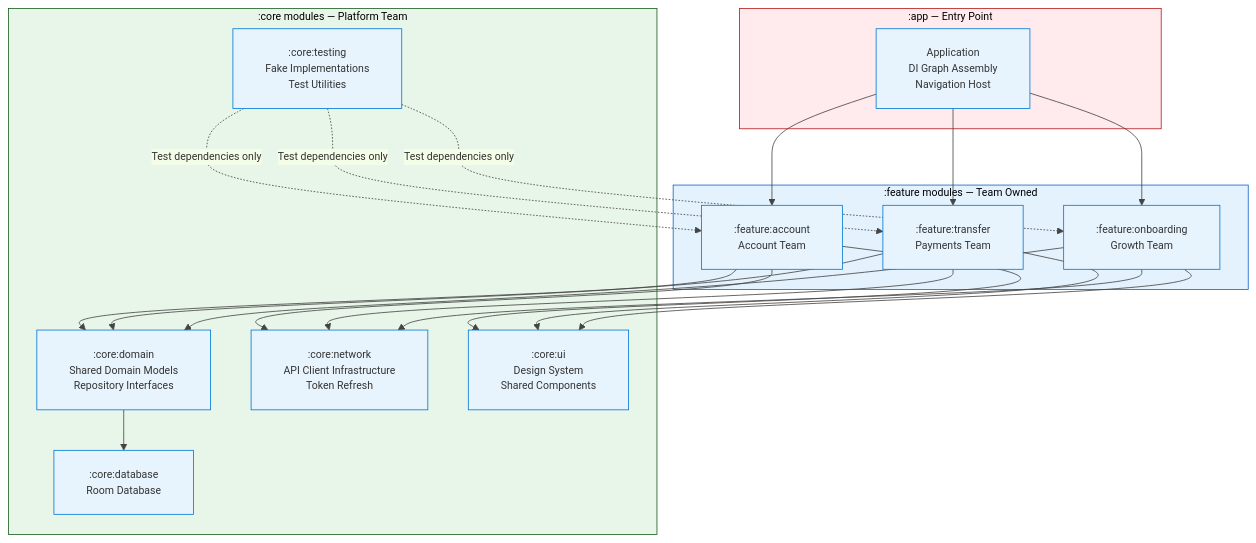
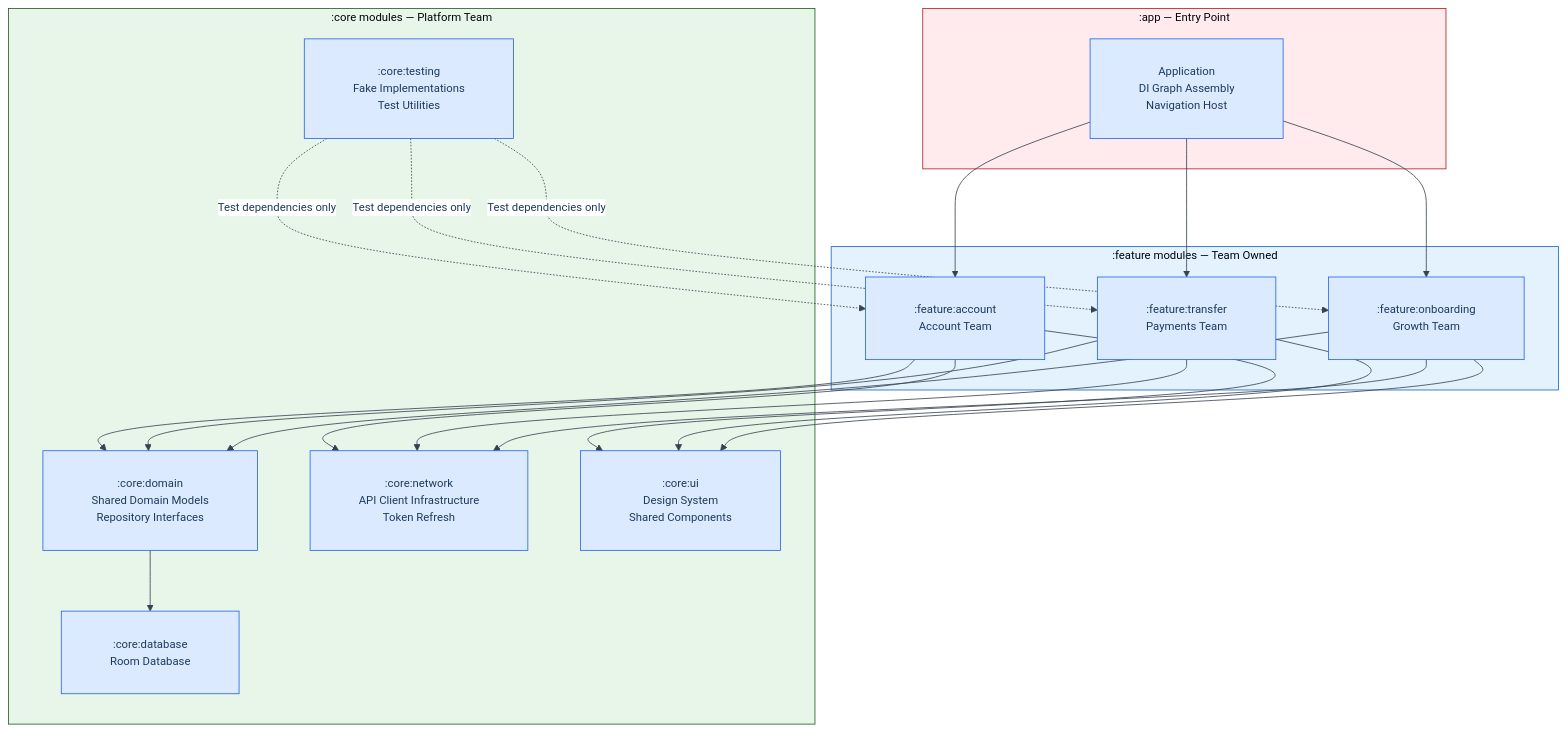
One commit to jeril-ascendion/knowledge-library changed the diagram in content/technology/mobile/scalability-modularization/diagram.mmd. Above: the diagram before and after it, drawn with Mermaid. The commit also changed 46 other files, not shown here.

```diff
--- a/content/technology/mobile/scalability-modularization/diagram.mmd
+++ b/content/technology/mobile/scalability-modularization/diagram.mmd
@@ -1,38 +1,38 @@
-%%{init:{'theme':'base','themeVariables':{'primaryColor':'#E8F4FD','primaryBorderColor':'#0078D4','lineColor':'#444444','fontFamily':'IBM Plex Sans','fontSize':'13px'},'flowchart':{'curve':'orthogonal','padding':20}}}%%
+%%{init:{'theme':'base','themeVariables':{'fontSize':'14px','fontFamily':'IBM Plex Sans, system-ui','primaryColor':'#DBEAFE','primaryTextColor':'#1e3a5f','primaryBorderColor':'#2563EB','lineColor':'#374151','clusterBkg':'#F9FAFB','clusterBorder':'#D1D5DB','edgeLabelBackground':'#FFFFFF'},'flowchart':{'curve':'orthogonal','padding':30,'nodeSpacing':65,'rankSpacing':75,'useMaxWidth':true}}}%%
 flowchart TD
     subgraph App[":app — Entry Point"]
         ENTRY["Application
 DI Graph Assembly
 Navigation Host"]
     end
     subgraph Features[":feature modules — Team Owned"]
         FA[":feature:account
 Account Team"]
         FT[":feature:transfer
 Payments Team"]
         FO[":feature:onboarding
 Growth Team"]
     end
     subgraph Core[":core modules — Platform Team"]
         CD[":core:domain
 Shared Domain Models
 Repository Interfaces"]
         CN[":core:network
 API Client Infrastructure
 Token Refresh"]
         CUI[":core:ui
 Design System
 Shared Components"]
         CDB[":core:database
 Room Database"]
         CT[":core:testing
 Fake Implementations
 Test Utilities"]
     end
     ENTRY --> FA & FT & FO
     FA & FT & FO --> CD & CN & CUI
     CD --> CDB
     CT -.->|"Test dependencies only"| FA & FT & FO
     style App fill:#FFEBEE,stroke:#B71C1C
     style Features fill:#E3F2FD,stroke:#1565C0
     style Core fill:#E8F5E9,stroke:#1B5E20
```
